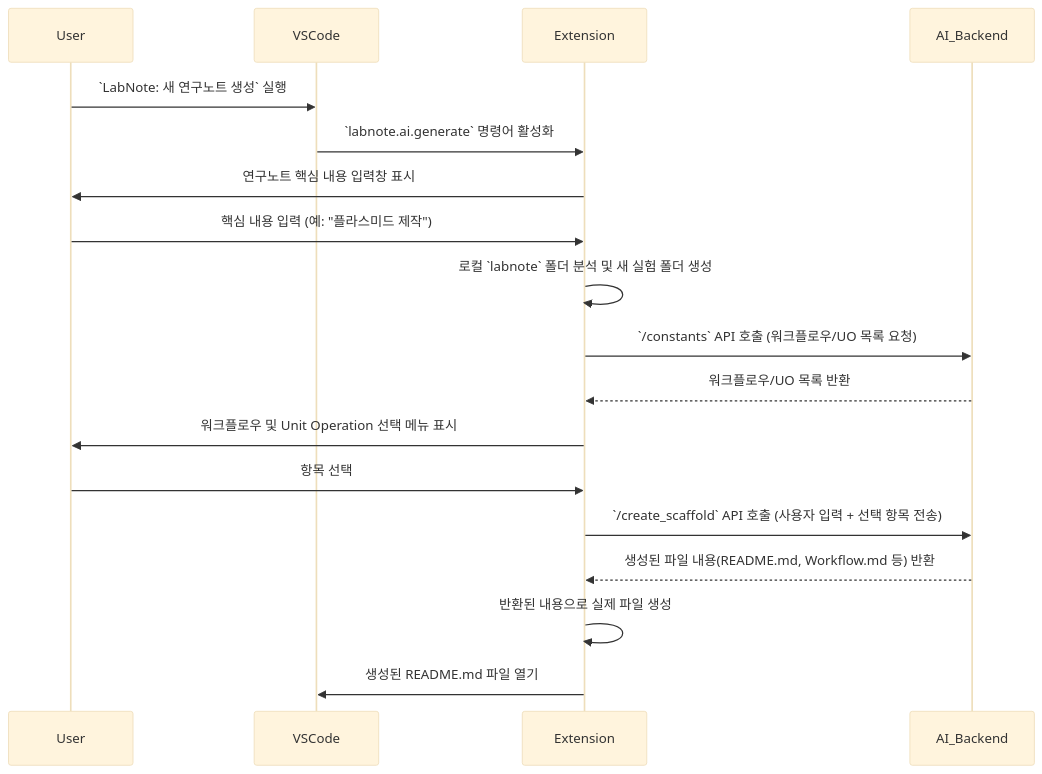
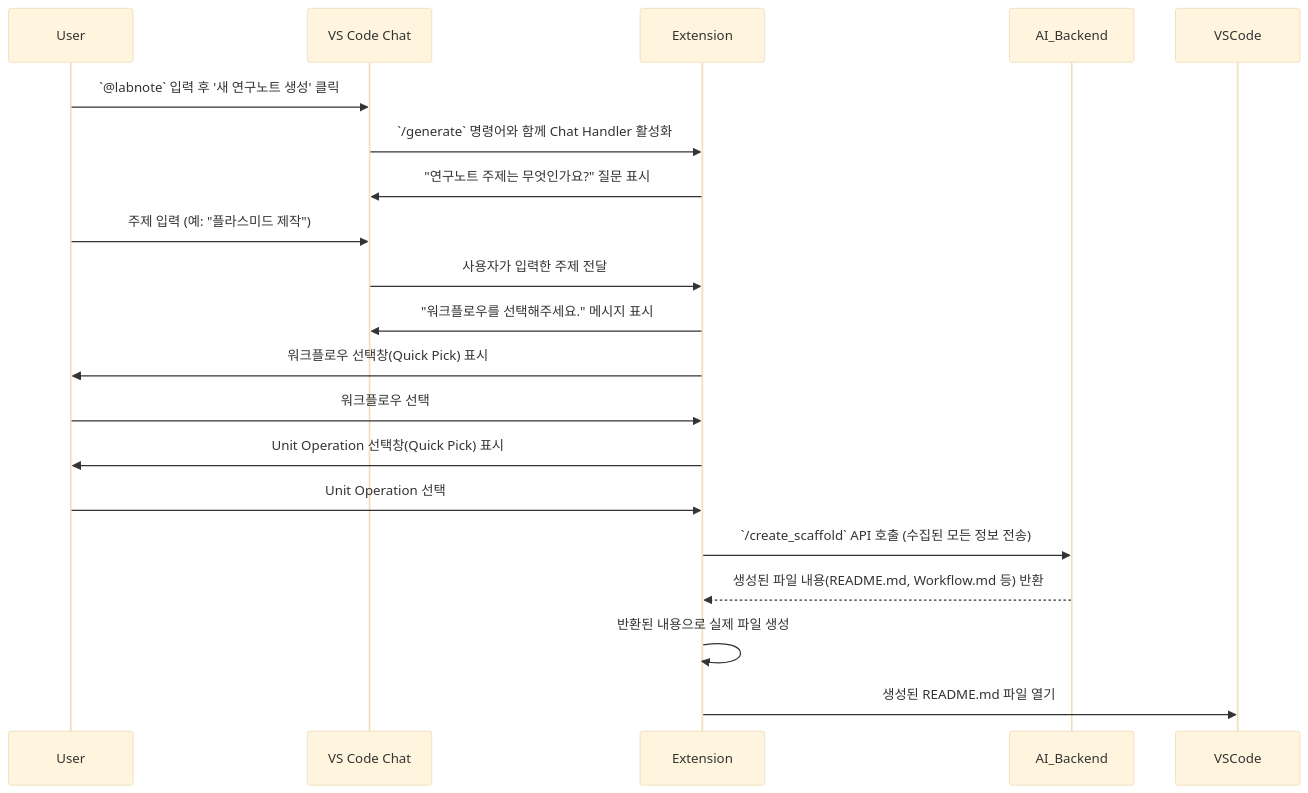
The second of 3 diagrams in README.md (sblabkribb/vscode-labnote-extension), drawn with Mermaid (base theme) before and after one commit. The commit also changed other lines of this file and 6 other files, not shown here.

````diff
--- a/README.md
+++ b/README.md
@@ -86,21 +93,22 @@
 ```mermaid
 sequenceDiagram
     participant User
-    participant VSCode
+    participant Chat_UI as VS Code Chat
     participant Extension
     participant AI_Backend
 
-    User->>VSCode: `LabNote: 새 연구노트 생성` 실행
-    VSCode->>Extension: `labnote.ai.generate` 명령어 활성화
-    Extension->>User: 연구노트 핵심 내용 입력창 표시
-    User->>Extension: 핵심 내용 입력 (예: "플라스미드 제작")
-    Extension->>Extension: 로컬 `labnote` 폴더 분석 및 새 실험 폴더 생성
-    Extension->>AI_Backend: `/constants` API 호출 (워크플로우/UO 목록 요청)
-    AI_Backend-->>Extension: 워크플로우/UO 목록 반환
-    Extension->>User: 워크플로우 및 Unit Operation 선택 메뉴 표시
-    User->>Extension: 항목 선택
-    Extension->>AI_Backend: `/create_scaffold` API 호출 (사용자 입력 + 선택 항목 전송)
+    User->>Chat_UI: `@labnote` 입력 후 '새 연구노트 생성' 클릭
+    Chat_UI->>Extension: `/generate` 명령어와 함께 Chat Handler 활성화
+    Extension->>Chat_UI: "연구노트 주제는 무엇인가요?" 질문 표시
+    User->>Chat_UI: 주제 입력 (예: "플라스미드 제작")
+    Chat_UI->>Extension: 사용자가 입력한 주제 전달
+    Extension->>Chat_UI: "워크플로우를 선택해주세요." 메시지 표시
+    Extension->>User: 워크플로우 선택창(Quick Pick) 표시
+    User->>Extension: 워크플로우 선택
+    Extension->>User: Unit Operation 선택창(Quick Pick) 표시
+    User->>Extension: Unit Operation 선택
+    Extension->>AI_Backend: `/create_scaffold` API 호출 (수집된 모든 정보 전송)
     AI_Backend-->>Extension: 생성된 파일 내용(README.md, Workflow.md 등) 반환
     Extension->>Extension: 반환된 내용으로 실제 파일 생성
     Extension->>VSCode: 생성된 README.md 파일 열기
 ```
````
